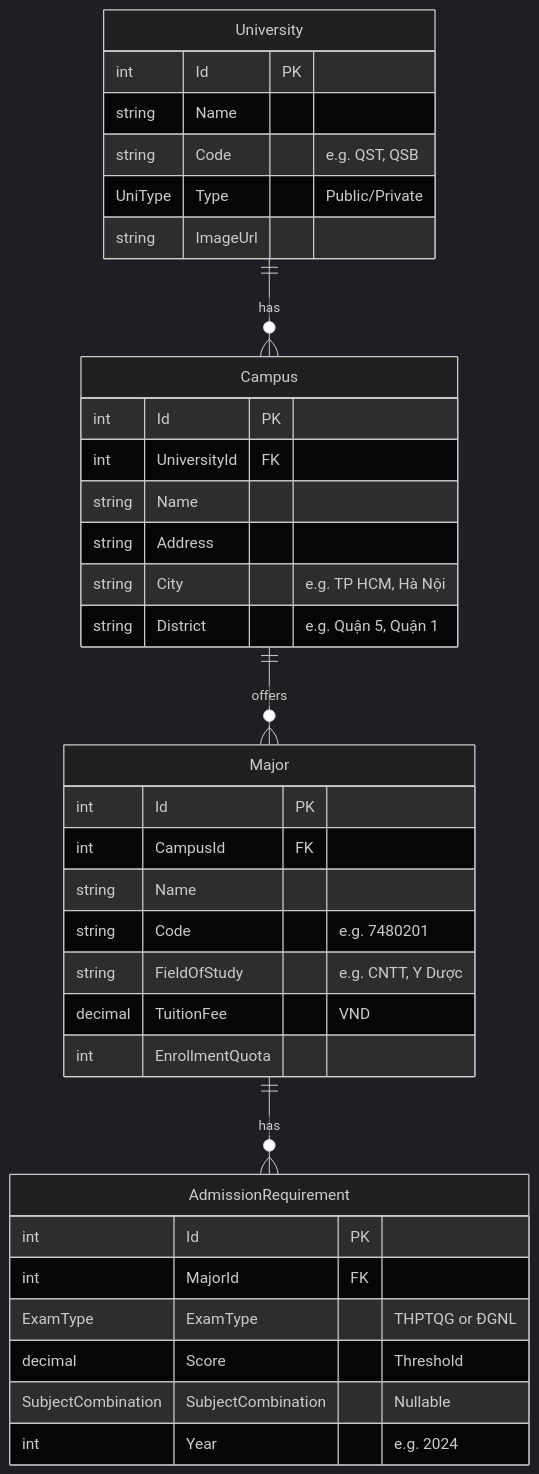
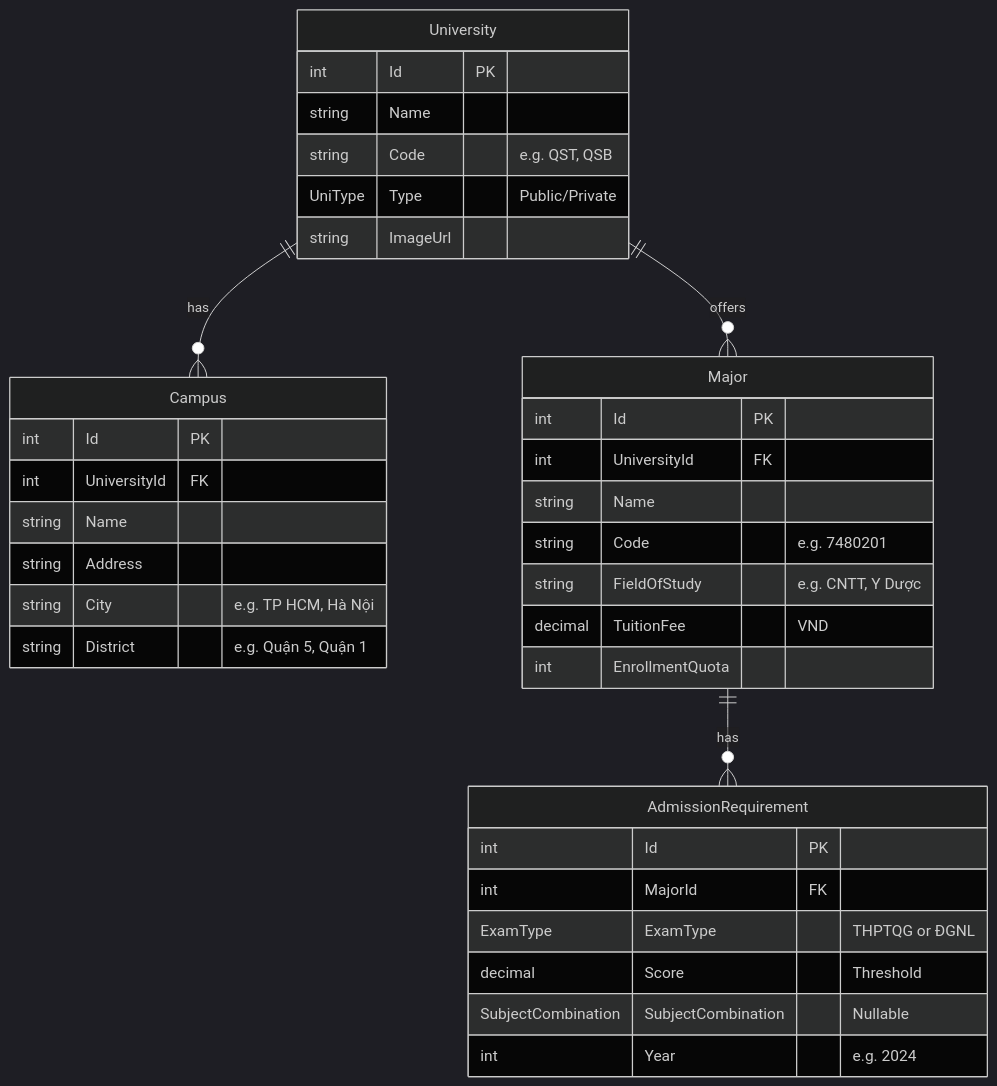
Before and after one commit to longhuynhdev/TimTruong: the diagram in docs/ER-model.md, drawn with Mermaid (dark theme).

Commit message:
docs: update ERD

````diff
--- a/docs/ER-model.md
+++ b/docs/ER-model.md
@@ -1,42 +1,42 @@
 ```mermaid
 erDiagram
     University ||--o{ Campus : "has"
-    Campus ||--o{ Major : "offers"
+    University ||--o{ Major : "offers"
     Major ||--o{ AdmissionRequirement : "has"
 
     University {
         int Id PK
         string Name
         string Code "e.g. QST, QSB"
         UniType Type "Public/Private"
         string ImageUrl
     }
 
     Campus {
         int Id PK
         int UniversityId FK
         string Name
         string Address
         string City "e.g. TP HCM, Hà Nội"
         string District "e.g. Quận 5, Quận 1"
     }
 
     Major {
         int Id PK
-        int CampusId FK
+        int UniversityId FK
         string Name
         string Code "e.g. 7480201"
         string FieldOfStudy "e.g. CNTT, Y Dược"
         decimal TuitionFee "VND"
         int EnrollmentQuota
     }
 
     AdmissionRequirement {
         int Id PK
         int MajorId FK
         ExamType ExamType "THPTQG or ĐGNL"
         decimal Score "Threshold"
         SubjectCombination SubjectCombination "Nullable"
         int Year "e.g. 2024"
     }
 ```    
````
